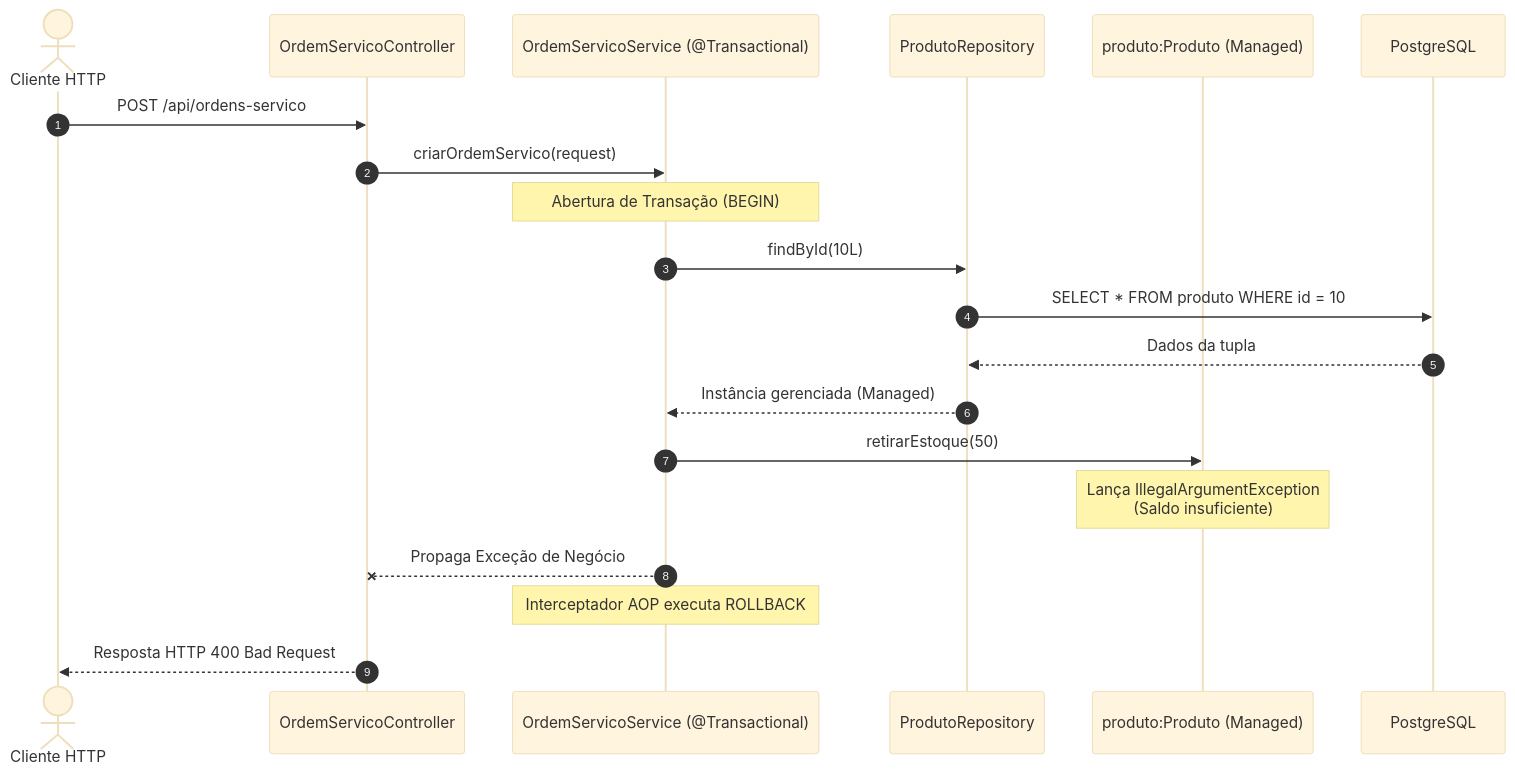
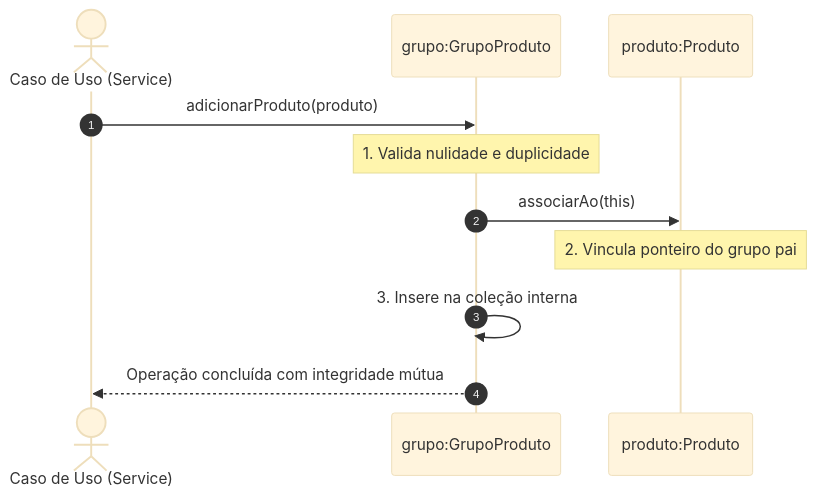
Before and after one commit to murilolol/unifef: the fourth of 9 diagrams in 4º Semestre/[Prof. Jefferson Passerini] Laboratório de Programação IV/Resumos-IA/Simulados-Comentados.md, drawn with Mermaid (base theme). The commit also changed other lines of this file and 40 other files, not shown here.

````diff
--- a/4º Semestre/[Prof. Jefferson Passerini] Laboratório de Programação IV/Resumos-IA/Simulados-Comentados.md
+++ b/4º Semestre/[Prof. Jefferson Passerini] Laboratório de Programação IV/Resumos-IA/Simulados-Comentados.md
@@ -516,23 +261,14 @@
 ```mermaid
 sequenceDiagram
-    autonumber
-    actor Cliente as Cliente HTTP
-    participant Ctrl as OrdemServicoController
-    participant Srv as OrdemServicoService (@Transactional)
-    participant RepoProd as ProdutoRepository
-    participant EntProd as produto:Produto (Managed)
-    participant DB as PostgreSQL
+ autonumber
+ actor Servico as Caso de Uso (Service)
+ participant Grupo as grupo:GrupoProduto
+ participant Prod as produto:Produto
 
-    Cliente->>Ctrl: POST /api/ordens-servico
-    Ctrl->>Srv: criarOrdemServico(request)
-    Note over Srv: Abertura de Transação (BEGIN)
-    Srv->>RepoProd: findById(10L)
-    RepoProd->>DB: SELECT * FROM produto WHERE id = 10
-    DB-->>RepoProd: Dados da tupla
-    RepoProd-->>Srv: Instância gerenciada (Managed)
-    Srv->>EntProd: retirarEstoque(50)
-    Note over EntProd: Lança IllegalArgumentException<br/>(Saldo insuficiente)
-    Srv--xCtrl: Propaga Exceção de Negócio
-    Note over Srv: Interceptador AOP executa ROLLBACK
-    Ctrl-->>Cliente: Resposta HTTP 400 Bad Request
+ Servico->>Grupo: adicionarProduto(produto)
+ Note over Grupo: 1. Valida nulidade e duplicidade
+ Grupo->>Prod: associarAo(this)
+ Note over Prod: 2. Vincula ponteiro do grupo pai
+ Grupo->>Grupo: 3. Insere na coleção interna
+ Grupo-->>Servico: Operação concluída com integridade mútua
 ```
````
